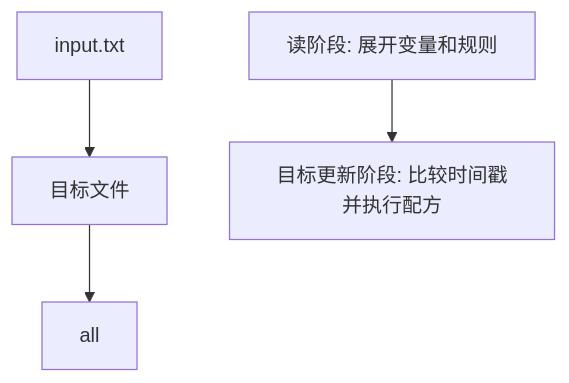
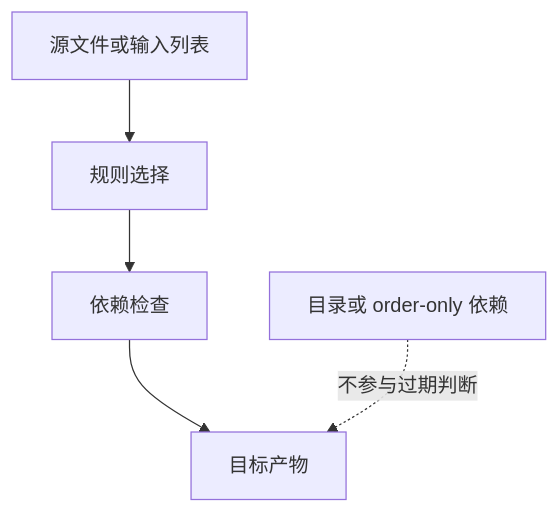
Before and after one commit to AuroraYaus/ic: the diagram in tools/concepts/Makefile依赖与自动生成.md, drawn with Mermaid. The commit also changed other lines of this file and 3 other files, not shown here.

````diff
--- a/tools/concepts/Makefile依赖与自动生成.md
+++ b/tools/concepts/Makefile依赖与自动生成.md
@@ -80,7 +85,8 @@
 ```mermaid
 %%{init: {'theme': 'default'}}%%
 flowchart TD
-    Input[input.txt] --> Target[目标文件]
-    Target --> All[all]
-    Read[读阶段: 展开变量和规则] --> Update[目标更新阶段: 比较时间戳并执行配方]
+    Src[源文件或输入列表] --> Rule[规则选择]
+    Rule --> Dep[依赖检查]
+    Dep --> Out[目标产物]
+    Dir[目录或 order-only 依赖] -.不参与过期判断.-> Out
 ```
````
